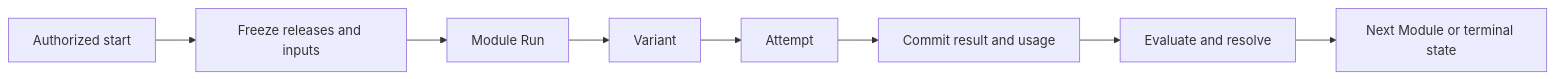
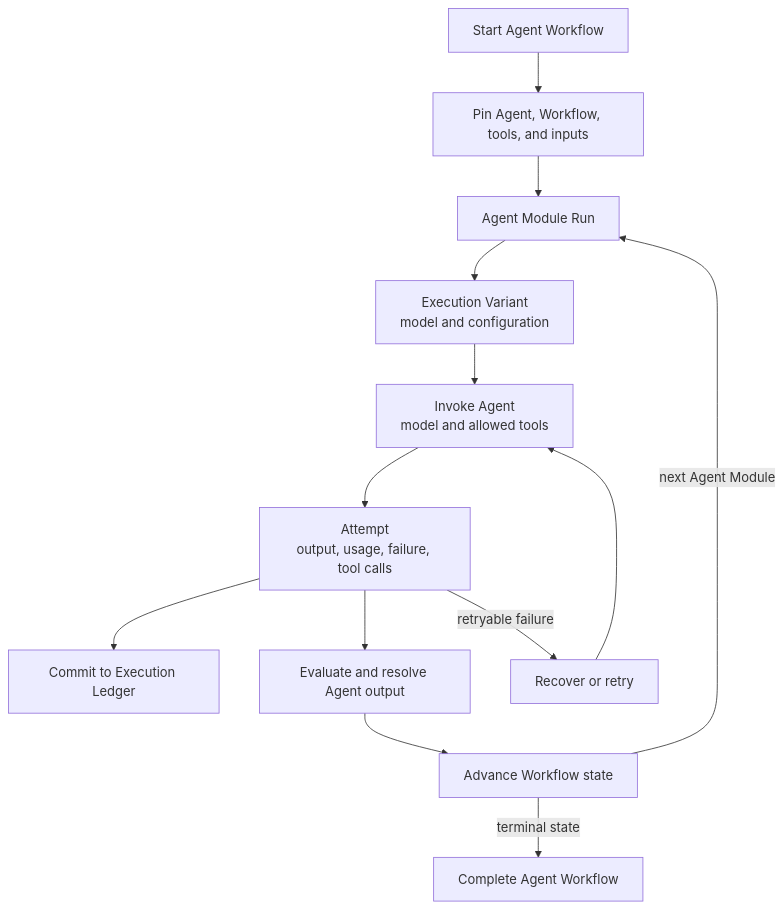
Before and after one commit to bobaoai/agent_runtime: the fifth of 5 diagrams in README.md, drawn with Mermaid. The commit also changed other lines of this file and 1 other file, not shown here.

Commit message:
docs: make agent lifecycle central in runtime diagrams

````diff
--- a/README.md
+++ b/README.md
@@ -190,10 +221,16 @@
 ```mermaid
-flowchart LR
-    START["Authorized start"] --> FREEZE["Freeze releases and inputs"]
-    FREEZE --> RUN["Module Run"]
-    RUN --> VARIANT["Variant"]
-    VARIANT --> ATTEMPT["Attempt"]
-    ATTEMPT --> RECORD["Commit result and usage"]
-    RECORD --> RESOLVE["Evaluate and resolve"]
-    RESOLVE --> NEXT["Next Module or terminal state"]
+flowchart TB
+    START["Start Agent Workflow"] --> FREEZE["Pin Agent, Workflow, tools, and inputs"]
+    FREEZE --> RUN
+    RUN["Agent Module Run"] --> VARIANT["Execution Variant<br/>model and configuration"]
+    VARIANT --> INVOKE["Invoke Agent<br/>model and allowed tools"]
+    INVOKE --> ATTEMPT["Attempt<br/>output, usage, failure, tool calls"]
+    ATTEMPT --> LEDGER
+    ATTEMPT --> RESOLVE
+    LEDGER["Commit to Execution Ledger"]
+    RESOLVE["Evaluate and resolve Agent output"] --> ROUTE["Advance Workflow state"]
+    ATTEMPT -- "retryable failure" --> RECOVER["Recover or retry"]
+    RECOVER --> INVOKE
+    ROUTE -- "next Agent Module" --> RUN
+    ROUTE -- "terminal state" --> COMPLETE["Complete Agent Workflow"]
 ```
````
